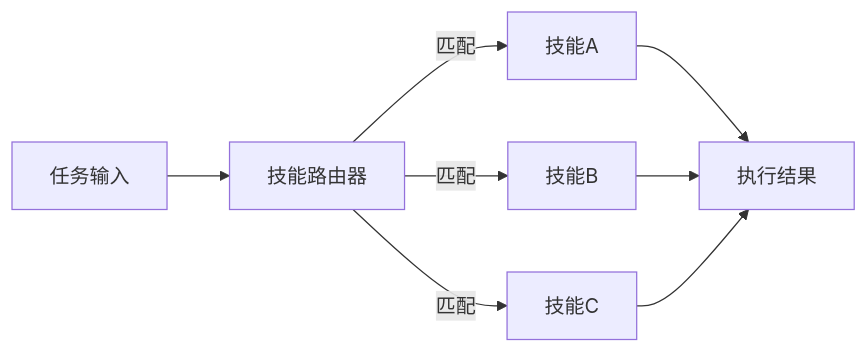
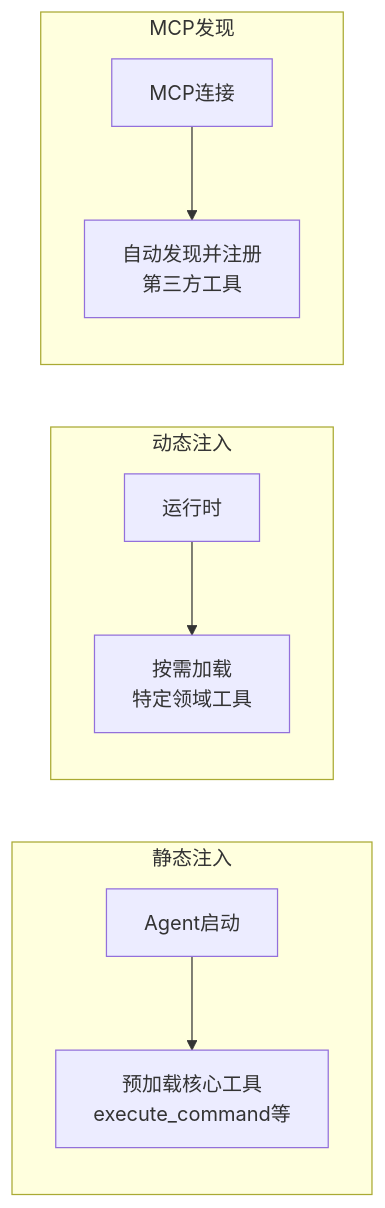
Before and after one commit to fefeding/ai-cmd: the fourth of 6 diagrams in docs/ARCHITECTURE.md, drawn with Mermaid. The commit also changed other lines of this file and 17 other files, not shown here.

````diff
--- a/docs/ARCHITECTURE.md
+++ b/docs/ARCHITECTURE.md
@@ -49,10 +183,12 @@
 ```mermaid
 graph LR
-    Task[任务输入] --> Router[技能路由器]
-    Router -->|匹配| SkillA[技能A]
-    Router -->|匹配| SkillB[技能B]
-    Router -->|匹配| SkillC[技能C]
-    SkillA --> Result[执行结果]
-    SkillB --> Result
-    SkillC --> Result
+    subgraph 静态注入
+        A1[Agent启动] --> A2[预加载核心工具<br/>execute_command等]
+    end
+    subgraph 动态注入
+        B1[运行时] --> B2[按需加载<br/>特定领域工具]
+    end
+    subgraph MCP发现
+        C1[MCP连接] --> C2[自动发现并注册<br/>第三方工具]
+    end
 ```
````
